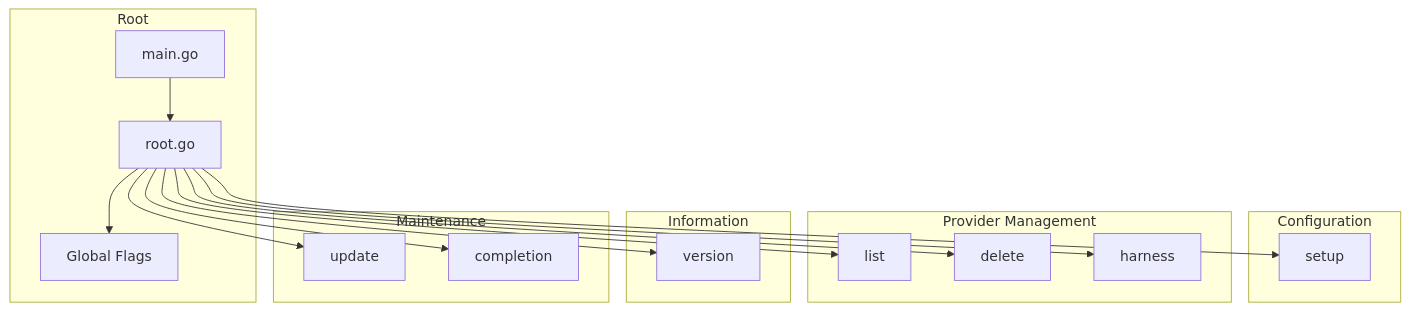
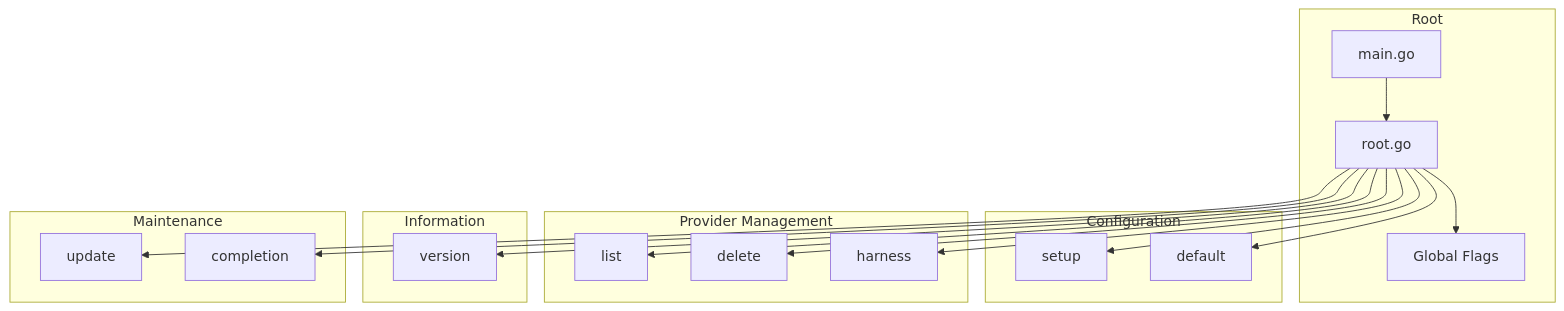
The diagram in cmd/README.md (dkmnx/kairo), drawn with Mermaid before and after one commit. The commit also changed other lines of this file and 3 other files, not shown here.

````diff
--- a/cmd/README.md
+++ b/cmd/README.md
@@ -21,26 +21,27 @@
 ```mermaid
 flowchart TB
     subgraph Root
         Main[main.go] --> RootCmd[root.go]
         RootCmd --> Flags[Global Flags]
     end
 
     subgraph Configuration
         RootCmd --> Setup[setup]
+        RootCmd --> Default[default]
     end
 
     subgraph Provider Management
         RootCmd --> List[list]
         RootCmd --> Delete[delete]
         RootCmd --> Harness[harness]
     end
 
     subgraph Information
         RootCmd --> Version[version]
     end
 
     subgraph Maintenance
         RootCmd --> Update[update]
         RootCmd --> Completion[completion]
     end
 ```
````
